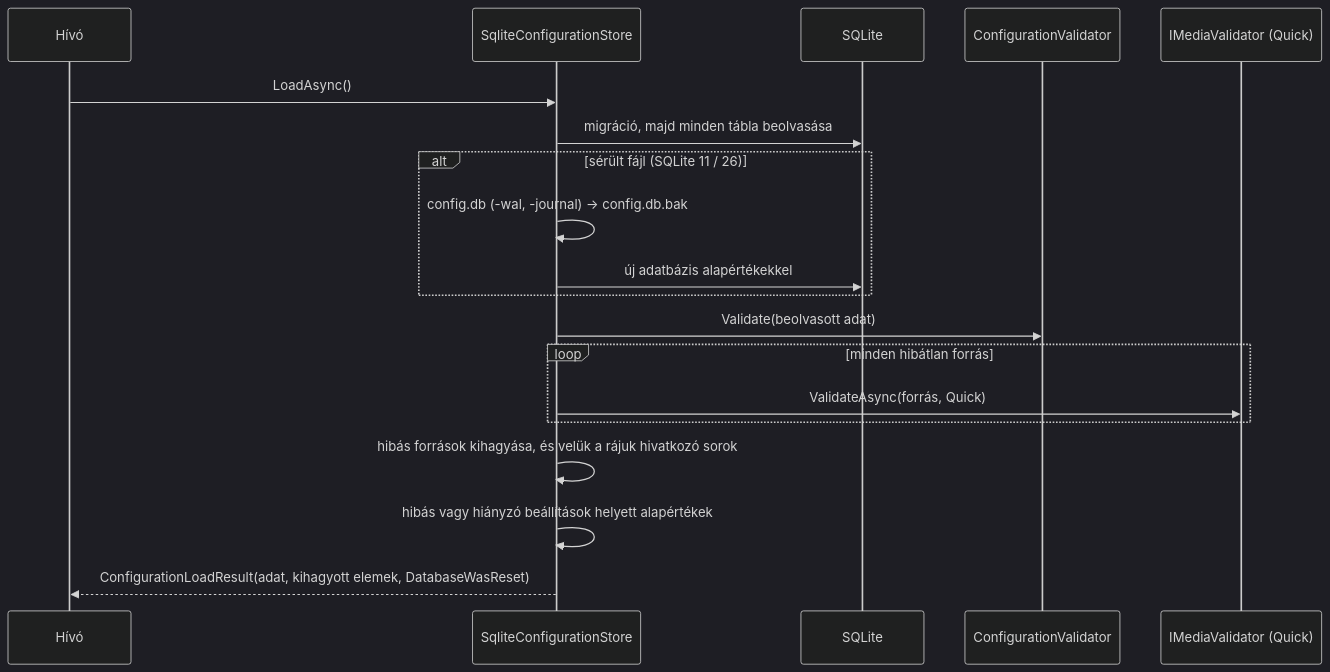
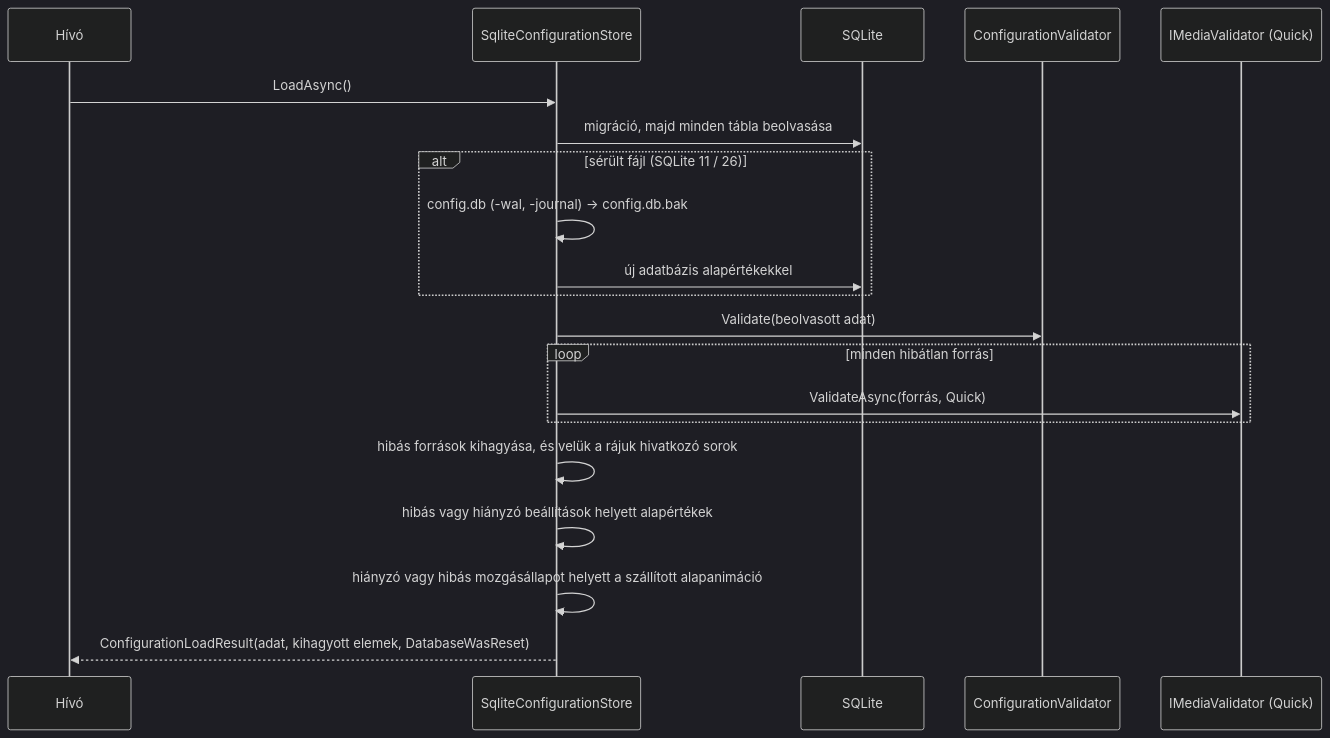
Before and after one commit to Keny3r/MonkeyStack_Szoftverarchitekturak_Hazi: the first of 2 diagrams in docs/configuration_engine/implementation.md, drawn with Mermaid (dark theme). The commit also changed other lines of this file, not shown here.

````diff
--- a/docs/configuration_engine/implementation.md
+++ b/docs/configuration_engine/implementation.md
@@ -25,22 +25,23 @@
 ```mermaid
 sequenceDiagram
     participant H as Hívó
     participant S as SqliteConfigurationStore
     participant DB as SQLite
     participant V as ConfigurationValidator
     participant M as IMediaValidator (Quick)
 
     H->>S: LoadAsync()
     S->>DB: migráció, majd minden tábla beolvasása
     alt sérült fájl (SQLite 11 / 26)
         S->>S: config.db (-wal, -journal) → config.db.bak
         S->>DB: új adatbázis alapértékekkel
     end
     S->>V: Validate(beolvasott adat)
     loop minden hibátlan forrás
         S->>M: ValidateAsync(forrás, Quick)
     end
     S->>S: hibás források kihagyása, és velük a rájuk hivatkozó sorok
     S->>S: hibás vagy hiányzó beállítások helyett alapértékek
+    S->>S: hiányzó vagy hibás mozgásállapot helyett a szállított alapanimáció
     S-->>H: ConfigurationLoadResult(adat, kihagyott elemek, DatabaseWasReset)
 ```
````
